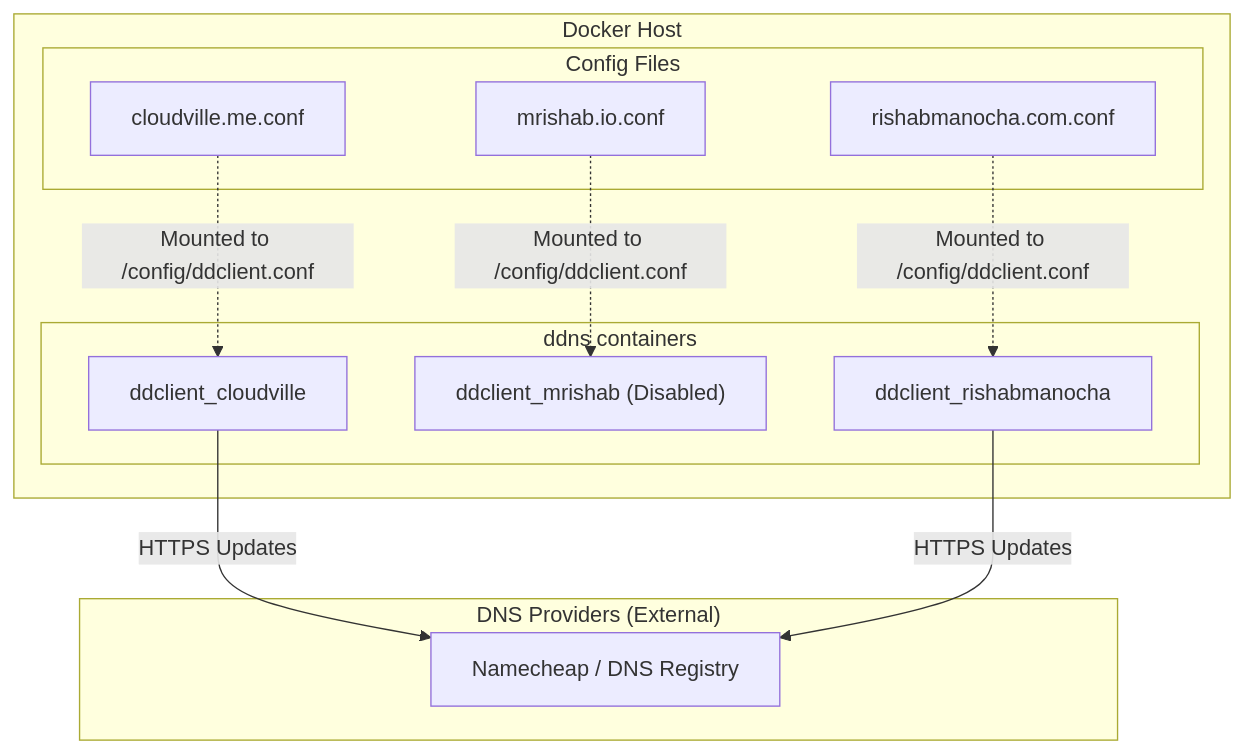
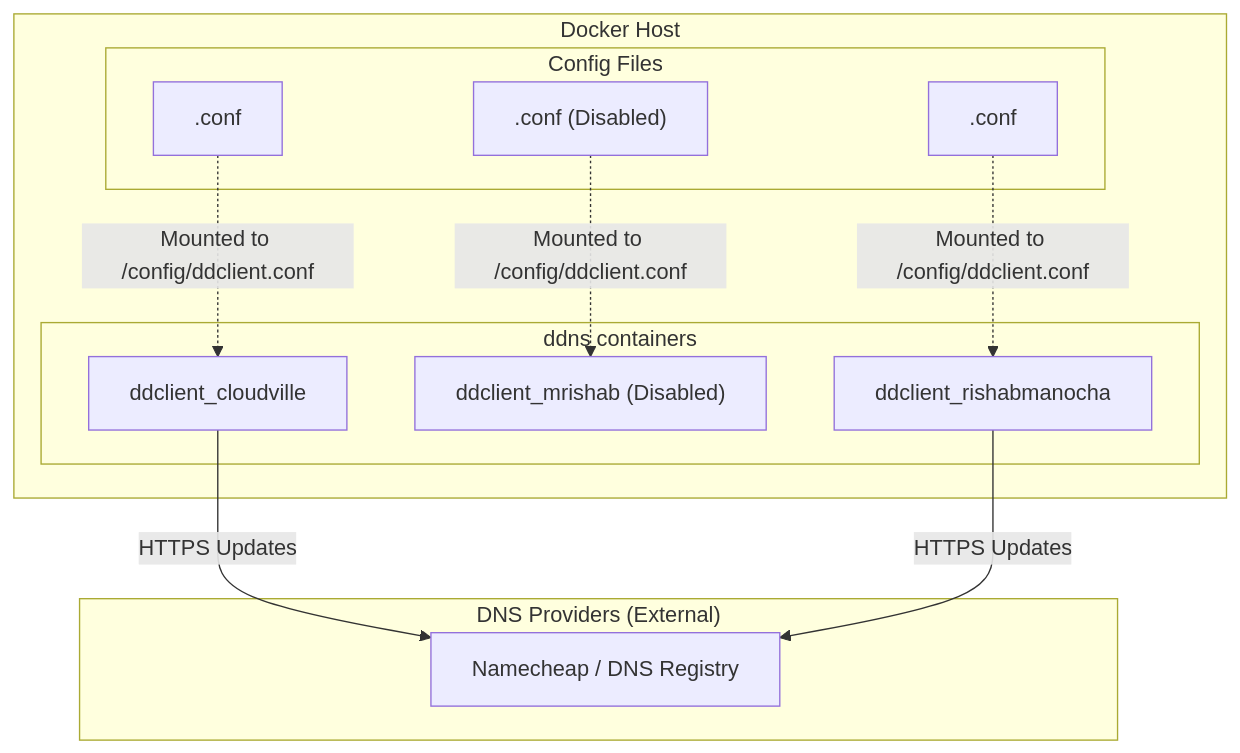
One commit to mrishab/anton-apps changed the diagram in apps/ddns/README.md. Above: the diagram before and after it, drawn with Mermaid. The commit also changed 1 other file, not shown here.

Commit message:
refactor: parametertize personal domains and IP defaults in terraform

````diff
--- a/apps/ddns/README.md
+++ b/apps/ddns/README.md
@@ -7,29 +7,29 @@
 ```mermaid
 graph TD
     subgraph "Docker Host"
         subgraph "ddns containers"
             C1["ddclient_cloudville"]
             C2["ddclient_mrishab (Disabled)"]
             C3["ddclient_rishabmanocha"]
         end
         
         subgraph "Config Files"
-            F1["cloudville.me.conf"]
-            F2["mrishab.io.conf"]
-            F3["rishabmanocha.com.conf"]
+            F1["<your-domain-1>.conf"]
+            F2["<your-domain-2>.conf (Disabled)"]
+            F3["<your-domain-3>.conf"]
         end
     end
 
     subgraph "DNS Providers (External)"
         P1["Namecheap / DNS Registry"]
     end
 
     %% Volume Mounts
     F1 -.->|Mounted to /config/ddclient.conf| C1
     F2 -.->|Mounted to /config/ddclient.conf| C2
     F3 -.->|Mounted to /config/ddclient.conf| C3
 
     %% Updates
     C1 -->|HTTPS Updates| P1
     C3 -->|HTTPS Updates| P1
 ```
````
